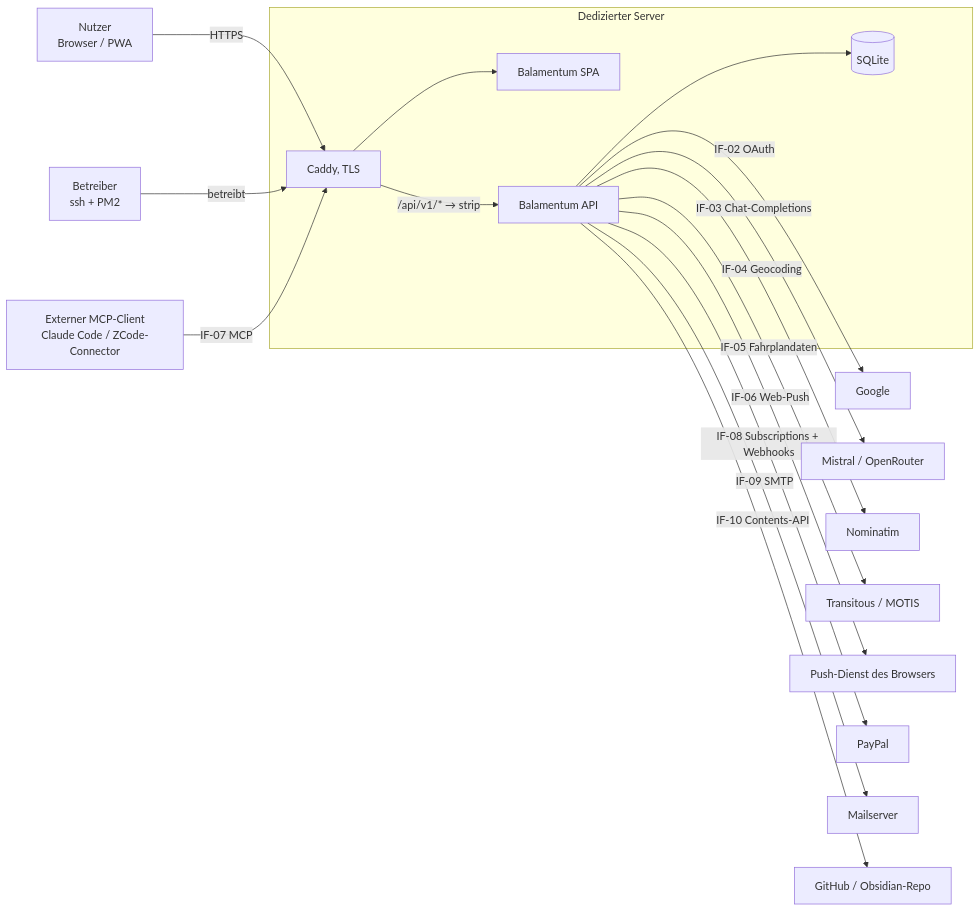
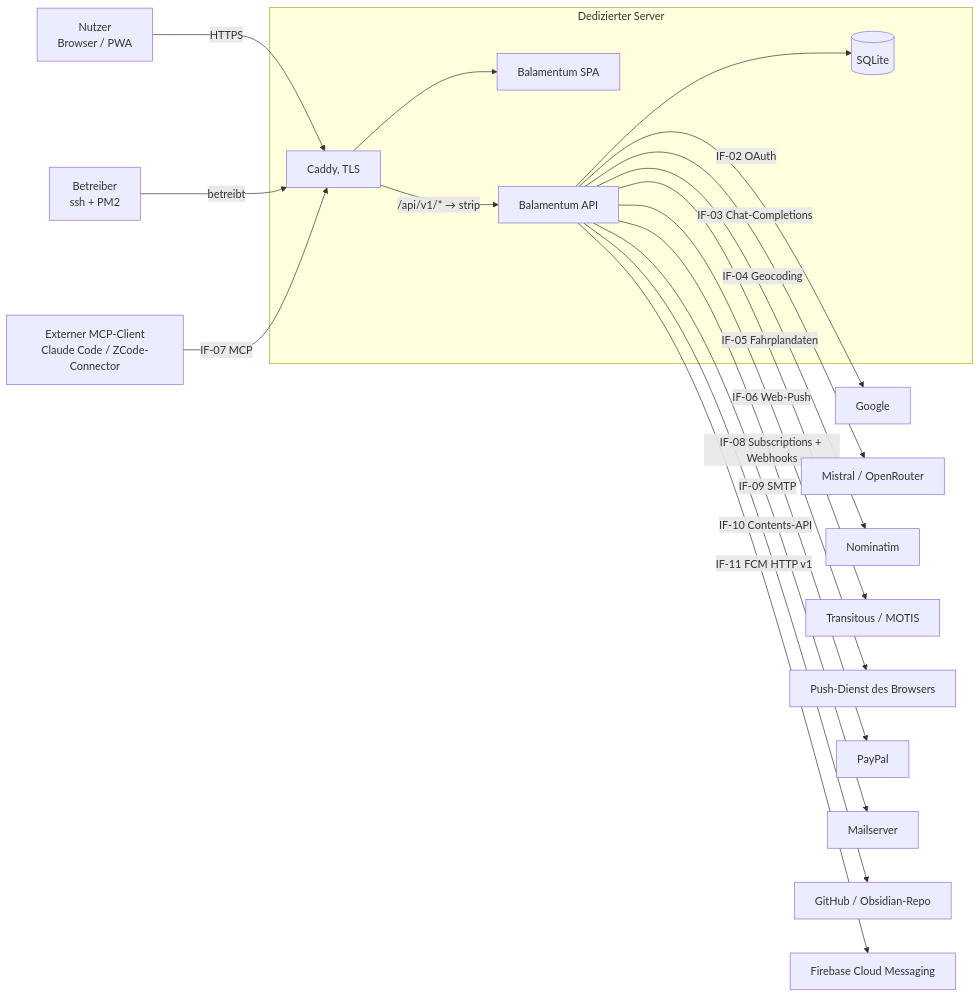
One commit to deleonio/priority-pilot changed the first of 5 diagrams in docs/arc42.md. Above: the diagram before and after it, drawn with Mermaid. The commit also changed other lines of this file and 6 other files, not shown here.

````diff
--- a/docs/arc42.md
+++ b/docs/arc42.md
@@ -67,19 +67,20 @@
 ```mermaid
 graph LR
     Nutzer[Nutzer<br/>Browser / PWA] -->|HTTPS| Caddy
     Betreiber[Betreiber<br/>ssh + PM2] -->|betreibt| Caddy
     MCPClient[Externer MCP-Client<br/>Claude Code / ZCode-Connector] -->|IF-07 MCP| Caddy
     subgraph Host[Dedizierter Server]
         Caddy[Caddy, TLS] --> SPA[Balamentum SPA]
         Caddy -->|"/api/v1/* → strip"| API[Balamentum API]
         API --> DB[(SQLite)]
     end
     API -->|IF-02 OAuth| Google[Google]
     API -->|IF-03 Chat-Completions| LLM[Mistral / OpenRouter]
     API -->|IF-04 Geocoding| Nominatim[Nominatim]
     API -->|IF-05 Fahrplandaten| Transitous[Transitous / MOTIS]
     API -->|IF-06 Web-Push| Push[Push-Dienst des Browsers]
     API -->|IF-08 Subscriptions + Webhooks| PayPal[PayPal]
     API -->|IF-09 SMTP| Mail[Mailserver]
     API -->|IF-10 Contents-API| GitHub[GitHub / Obsidian-Repo]
+    API -->|IF-11 FCM HTTP v1| FCM[Firebase Cloud Messaging]
 ```
````
